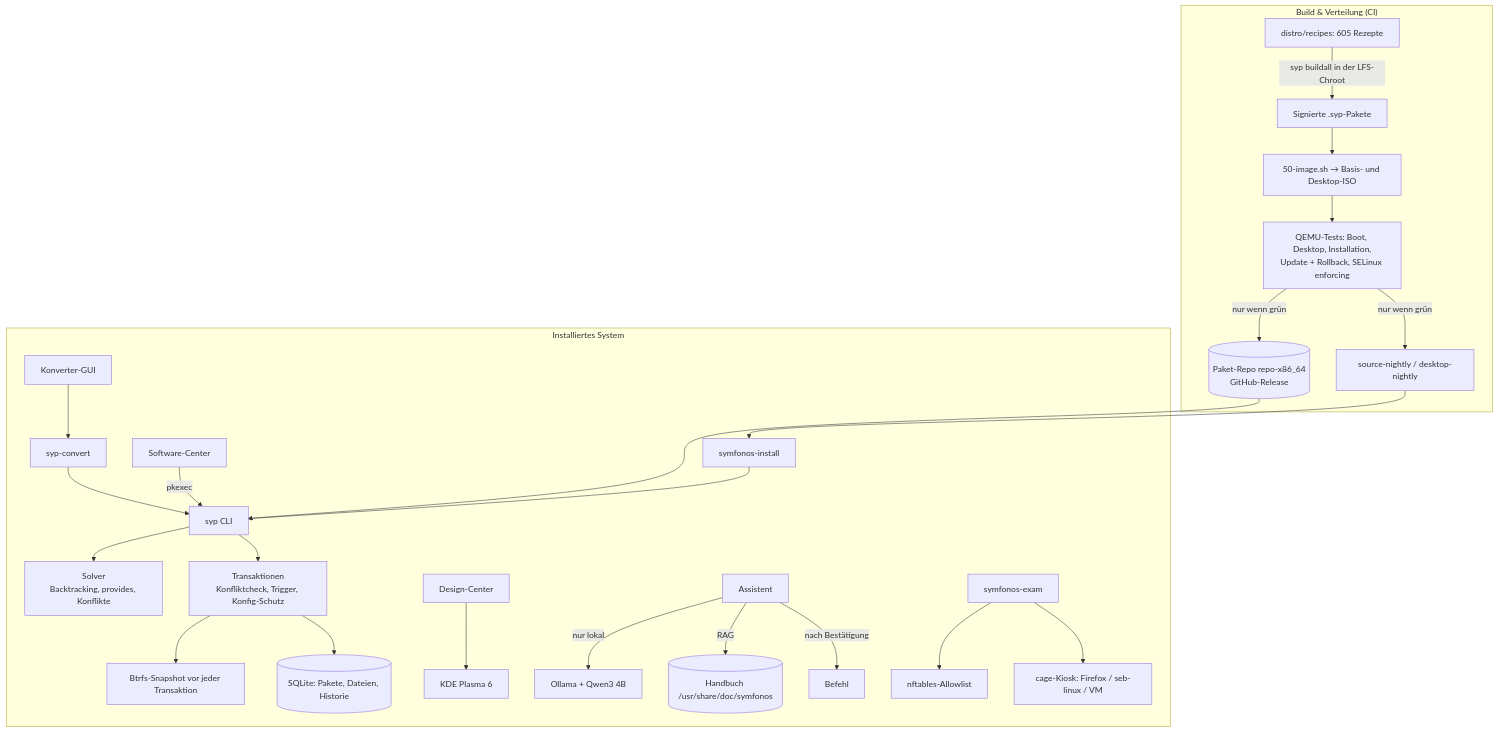
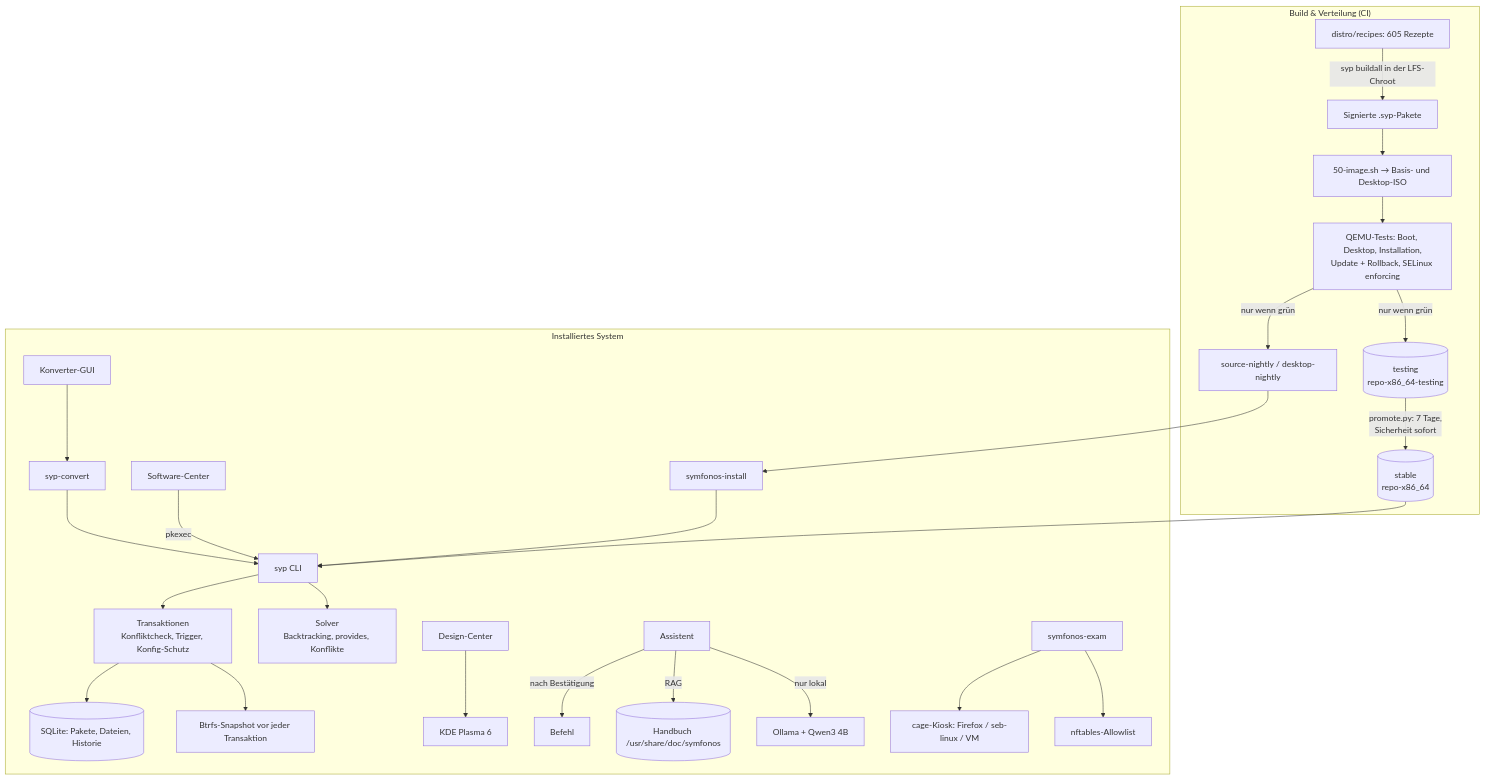
Before and after one commit to SymfonOS/SymfonOS: the diagram in README.md, drawn with Mermaid. The commit also changed other lines of this file and 20 other files, not shown here.

First line of the commit message:
Kanäle testing → stable in der Bau-CI (#113)

````diff
--- a/README.md
+++ b/README.md
@@ -21,26 +21,27 @@
 ```mermaid
 flowchart TB
   subgraph Build["Build & Verteilung (CI)"]
     SRC[distro/recipes: 605 Rezepte] -->|syp buildall in der LFS-Chroot| PKGS[Signierte .syp-Pakete]
     PKGS --> ISO[50-image.sh → Basis- und Desktop-ISO]
     ISO --> TESTS[QEMU-Tests: Boot, Desktop, Installation,<br/>Update + Rollback, SELinux enforcing]
-    TESTS -->|nur wenn grün| REPO[(Paket-Repo repo-x86_64<br/>GitHub-Release)]
+    TESTS -->|nur wenn grün| TESTING[(testing<br/>repo-x86_64-testing)]
+    TESTING -->|promote.py: 7 Tage,<br/>Sicherheit sofort| REPO[(stable<br/>repo-x86_64)]
     TESTS -->|nur wenn grün| REL[source-nightly / desktop-nightly]
   end
   subgraph System["Installiertes System"]
     INST[symfonos-install] --> SYP
     SYP[syp CLI] --> SOLVER[Solver<br/>Backtracking, provides, Konflikte]
     SYP --> TX[Transaktionen<br/>Konfliktcheck, Trigger, Konfig-Schutz]
     TX --> SNAP[Btrfs-Snapshot vor jeder Transaktion]
     TX --> DB[(SQLite: Pakete, Dateien, Historie)]
     STORE[Software-Center] -->|pkexec| SYP
     CGUI[Konverter-GUI] --> CONVL[syp-convert] --> SYP
     DESIGN[Design-Center] --> PLASMA[KDE Plasma 6]
     ASSIST[Assistent] -->|nur lokal| OLLAMA[Ollama + Qwen3 4B]
     ASSIST -->|RAG| DOCS[(Handbuch /usr/share/doc/symfonos)]
     ASSIST -->|nach Bestätigung| SHELL[Befehl]
     EXAM[symfonos-exam] --> NFT[nftables-Allowlist] & CAGE[cage-Kiosk: Firefox / seb-linux / VM]
   end
   REPO --> SYP
   REL --> INST
 ```
````
